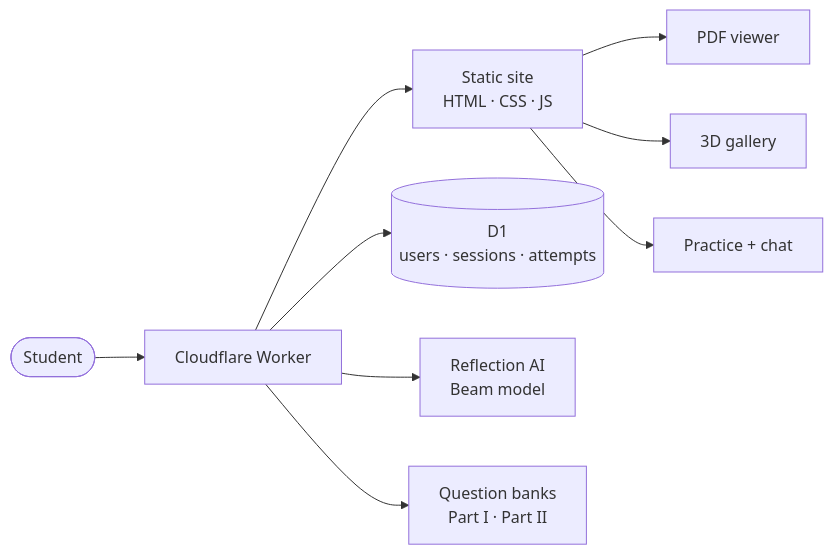
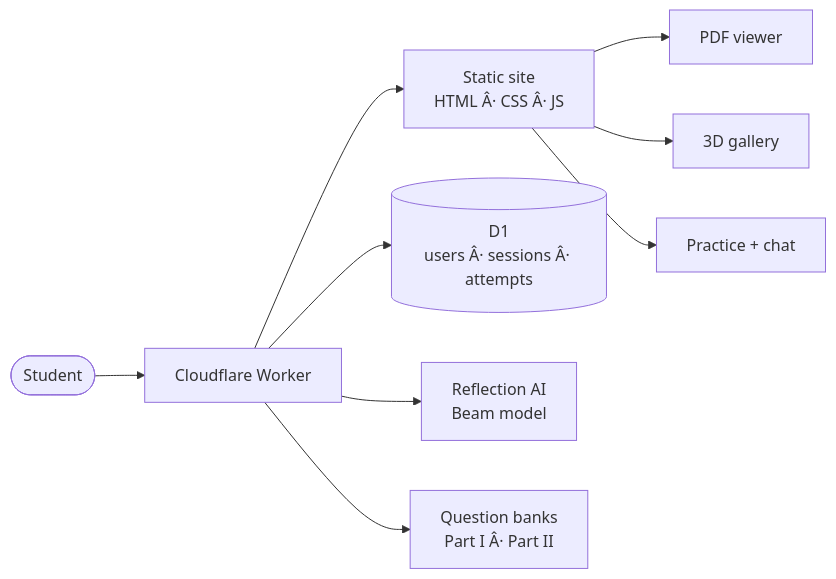
One commit to MusabStudio/PaperBuddy changed the diagram in README.md. Above: the diagram before and after it, drawn with Mermaid. The commit also changed other lines of this file, not shown here.

````diff
--- a/README.md
+++ b/README.md
@@ -45,11 +45,11 @@
 ```mermaid
 flowchart LR
     S([Student]) --> W[Cloudflare Worker]
-    W --> A[Static site<br/>HTML · CSS · JS]
-    W --> DB[(D1<br/>users · sessions · attempts)]
+    W --> A[Static site<br/>HTML Â· CSS Â· JS]
+    W --> DB[(D1<br/>users Â· sessions Â· attempts)]
     W --> AI[Reflection AI<br/>Beam model]
-    W --> QB[Question banks<br/>Part I · Part II]
+    W --> QB[Question banks<br/>Part I Â· Part II]
     A --> V[PDF viewer]
     A --> G[3D gallery]
     A --> P[Practice + chat]
 ```
````
